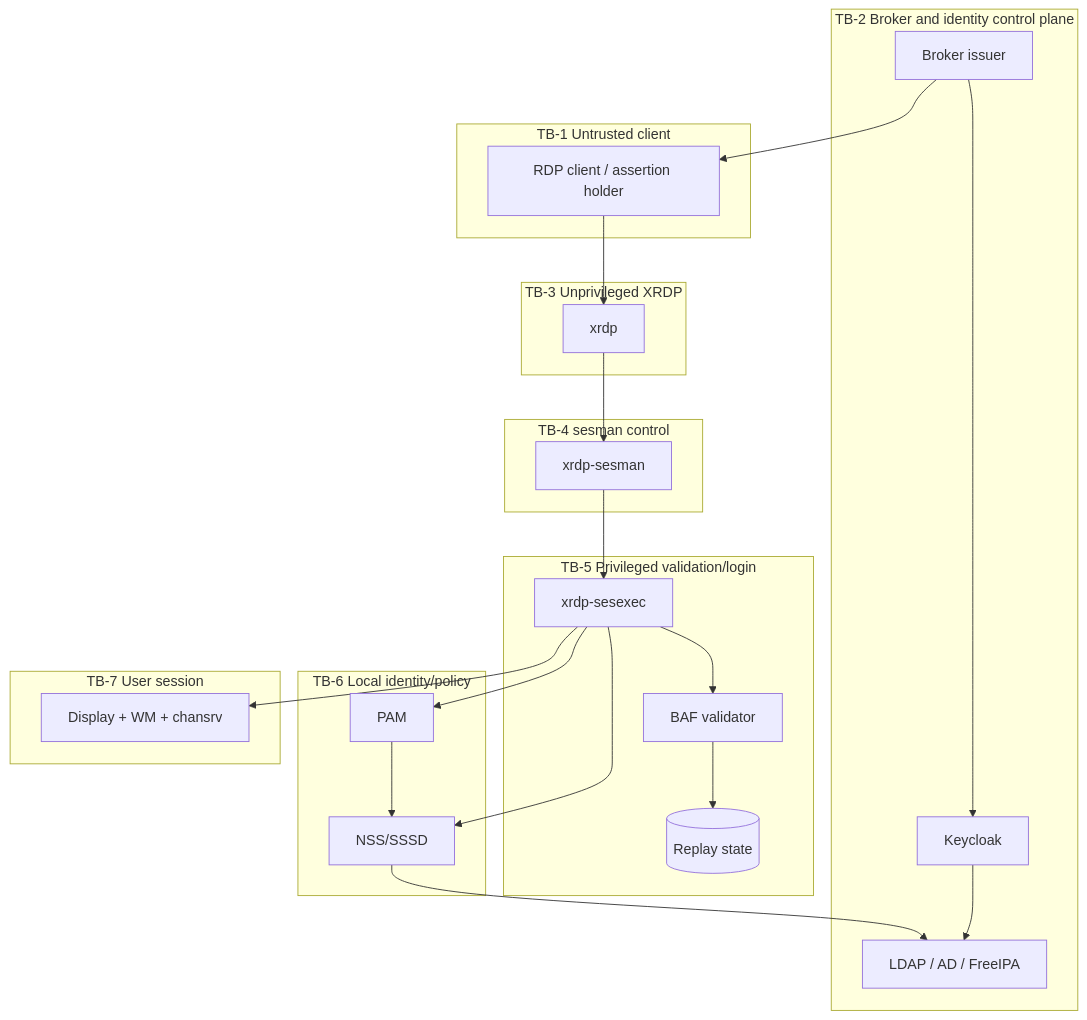
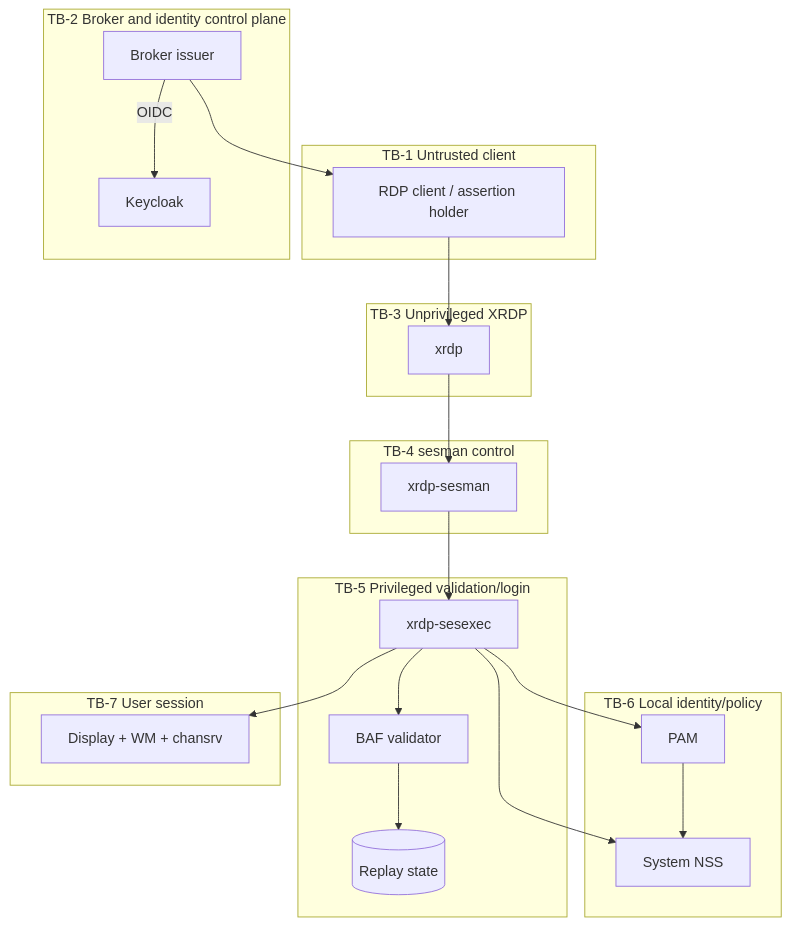
One commit to risi70/xrdp changed the diagram in specification/diagrams/trust-boundaries.mmd. Above: the diagram before and after it, drawn with Mermaid. The commit also changed 63 other files, not shown here.

```diff
--- a/specification/diagrams/trust-boundaries.mmd
+++ b/specification/diagrams/trust-boundaries.mmd
@@ -1,34 +1,33 @@
 flowchart TB
   subgraph Untrusted["TB-1 Untrusted client"]
     C[RDP client / assertion holder]
   end
   subgraph Issuer["TB-2 Broker and identity control plane"]
     B[Broker issuer]
     K[Keycloak]
-    D[LDAP / AD / FreeIPA]
   end
   subgraph Front["TB-3 Unprivileged XRDP"]
     X[xrdp]
   end
   subgraph Control["TB-4 sesman control"]
     S[xrdp-sesman]
   end
   subgraph Priv["TB-5 Privileged validation/login"]
     E[xrdp-sesexec]
     V[BAF validator]
     R[(Replay state)]
   end
   subgraph Identity["TB-6 Local identity/policy"]
-    N[NSS/SSSD]
+    N[System NSS]
     P[PAM]
   end
   subgraph Session["TB-7 User session"]
     L[Display + WM + chansrv]
   end
   C --> X --> S --> E
   B --> C
-  B --> K --> D
+  B -->|OIDC| K
   E --> V --> R
-  E --> N --> D
+  E --> N
   E --> P --> N
   E --> L
```
